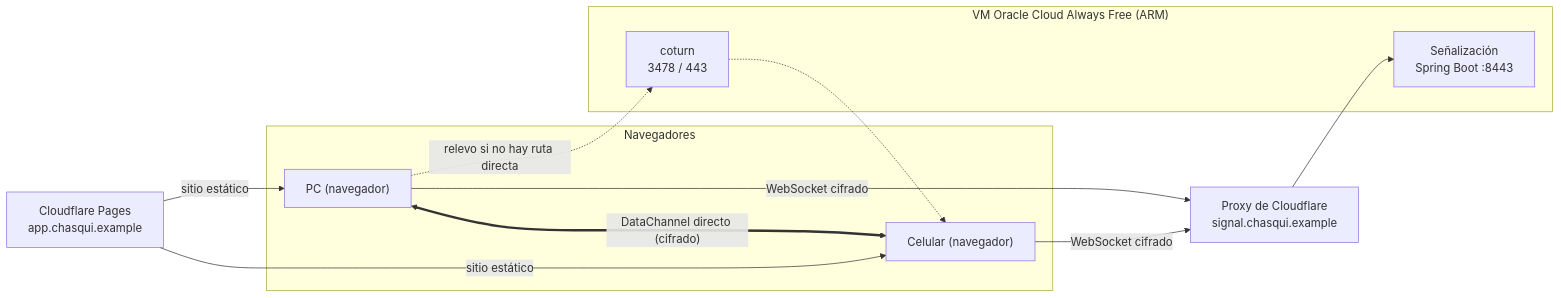
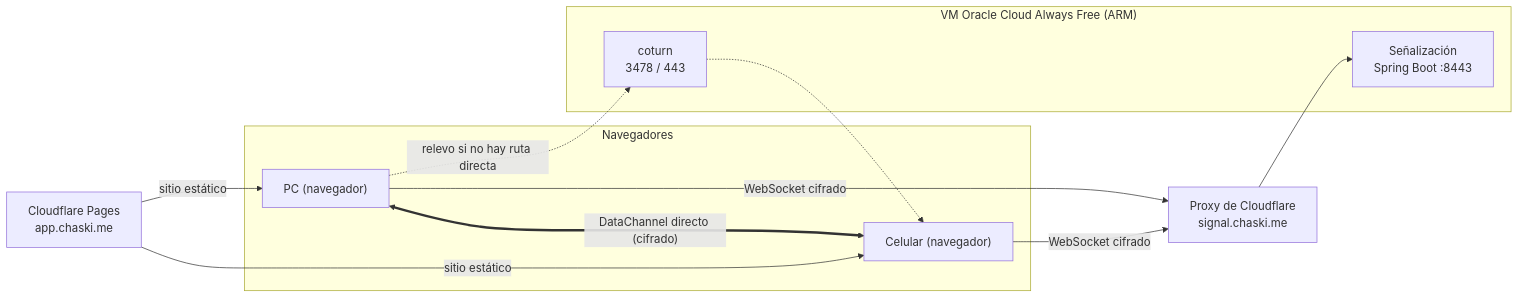
The diagram in README.md (1JuanDaniel0/chaski), drawn with Mermaid before and after one commit. The commit also changed other lines of this file and 8 other files, not shown here.

First line of the commit message:
chore: use the chaski.me domain for app, signaling and TURN

````diff
--- a/README.md
+++ b/README.md
@@ -46,22 +46,22 @@
 ```mermaid
 flowchart LR
     subgraph Navegadores
         A["PC (navegador)"]
         B["Celular (navegador)"]
     end
-    CFP["Cloudflare Pages<br/>app.chasqui.example"]
-    CFX["Proxy de Cloudflare<br/>signal.chasqui.example"]
+    CFP["Cloudflare Pages<br/>app.chaski.me"]
+    CFX["Proxy de Cloudflare<br/>signal.chaski.me"]
     subgraph VM["VM Oracle Cloud Always Free (ARM)"]
         SIG["Señalización<br/>Spring Boot :8443"]
         TURN["coturn<br/>3478 / 443"]
     end
 
     A <== "DataChannel directo (cifrado)" ==> B
     A -. "relevo si no hay ruta directa" .-> TURN
     TURN -.-> B
     CFP -- "sitio estático" --> A
     CFP -- "sitio estático" --> B
     A -- "WebSocket cifrado" --> CFX
     B -- "WebSocket cifrado" --> CFX
     CFX --> SIG
 ```
````
